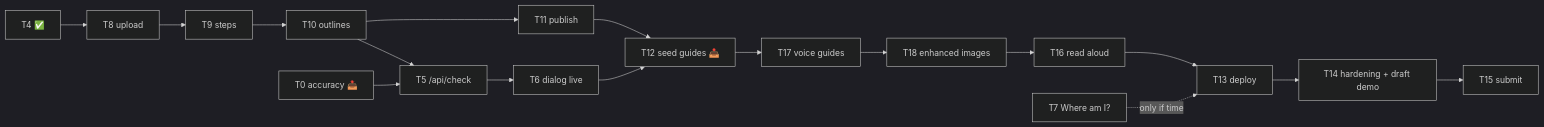
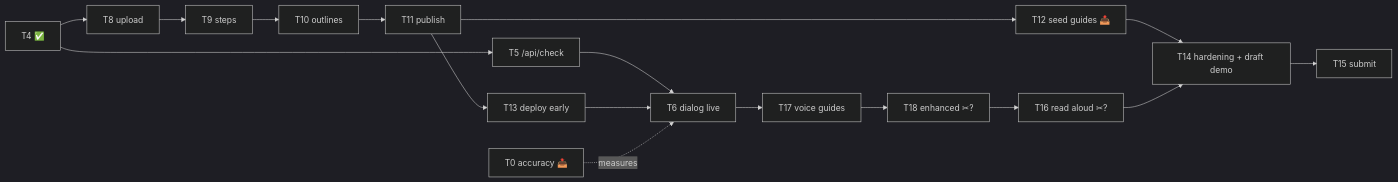
The diagram in apps/showhow/docs/TASKS.md (muhammadtalhaishtiaq/goodfix), drawn with Mermaid (dark theme) before and after one commit. The commit also changed other lines of this file and 13 other files, not shown here.

Commit message:
Fix 13 consistency findings: shrink-limits, Verdict type, IP salt, attempts guard, raw-WAV voice upload, keyframe URLs; replan (deploy early, T18/T16 candidate cuts)

````diff
--- a/apps/showhow/docs/TASKS.md
+++ b/apps/showhow/docs/TASKS.md
@@ -27,11 +27,11 @@
 ```mermaid
 flowchart LR
-  T4[T4 ✅] --> T8[T8 upload] --> T9[T9 steps] --> T10[T10 outlines] --> T11[T11 publish]
-  T0[T0 accuracy 📥] --> T5[T5 /api/check] --> T6[T6 dialog live]
-  T10 --> T5
+  T4[T4 ✅] --> T8[T8 upload] --> T9[T9 steps] --> T10[T10 outlines] --> T11[T11 publish] --> T13[T13 deploy early]
+  T4 --> T5[T5 /api/check] --> T6[T6 dialog live]
+  T13 --> T6
+  T0[T0 accuracy 📥] -.->|measures| T6
   T11 --> T12[T12 seed guides 📥]
-  T6 --> T12
-  T12 --> T17[T17 voice guides] --> T18[T18 enhanced images] --> T16[T16 read aloud]
-  T16 --> T13[T13 deploy] --> T14[T14 hardening + draft demo] --> T15[T15 submit]
-  T7[T7 Where am I?] -.->|only if time| T13
+  T6 --> T17[T17 voice guides] --> T18[T18 enhanced ✂?] --> T16[T16 read aloud ✂?]
+  T12 --> T14[T14 hardening + draft demo]
+  T16 --> T14 --> T15[T15 submit]
 ```
````
